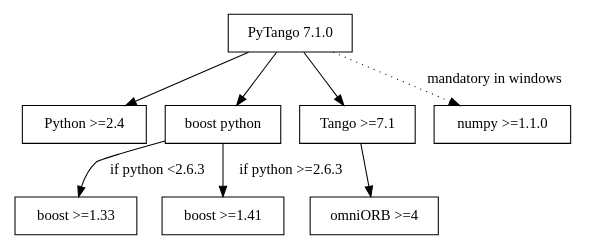
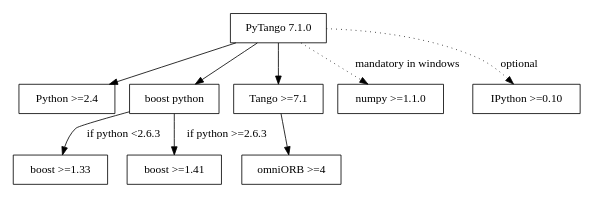
The diagram in doc/start.rst (sbodomerle/pytango), drawn with Graphviz before and after one commit. The commit also changed other lines of this file and 54 other files, not shown here.

```diff
--- a/doc/start.rst
+++ b/doc/start.rst
@@ -10,20 +25,22 @@
 .. graphviz::
 
     digraph dependencies {
         size="6,3";
-        PyTango     [shape=box,label="PyTango 7.1.0"];
-        Python      [shape=box,label="Python >=2.4"];
-        boostpython [shape=box,label="boost python"];
-        boostp1     [shape=box,label="boost >=1.33"];
-        boostp2     [shape=box,label="boost >=1.41"];
-        Tango       [shape=box,label="Tango >=7.1"];
-        omniORB     [shape=box,label="omniORB >=4"];
-        numpy       [shape=box,label="numpy >=1.1.0"];
+        PyTango     [shape=box, label="PyTango 7.1.0"];
+        Python      [shape=box, label="Python >=2.4"];
+        boostpython [shape=box, label="boost python"];
+        boostp1     [shape=box, label="boost >=1.33"];
+        boostp2     [shape=box, label="boost >=1.41"];
+        Tango       [shape=box, label="Tango >=7.1"];
+        omniORB     [shape=box, label="omniORB >=4"];
+        numpy       [shape=box, label="numpy >=1.1.0"];
+        IPython     [shape=box, label="IPython >=0.10"];
         PyTango -> Python;
         PyTango -> Tango;
         PyTango -> numpy [style=dotted, label="mandatory in windows"];
         Tango -> omniORB;
         PyTango -> boostpython
         boostpython -> boostp1 [label="if python <2.6.3"];
         boostpython -> boostp2 [label="if python >=2.6.3"];
+        PyTango -> IPython [style=dotted, label="optional"];
     }   
```
